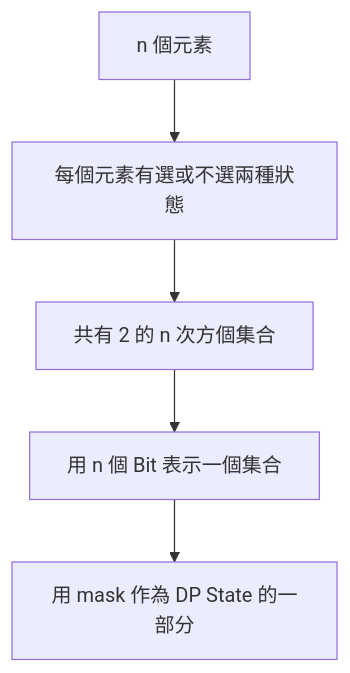
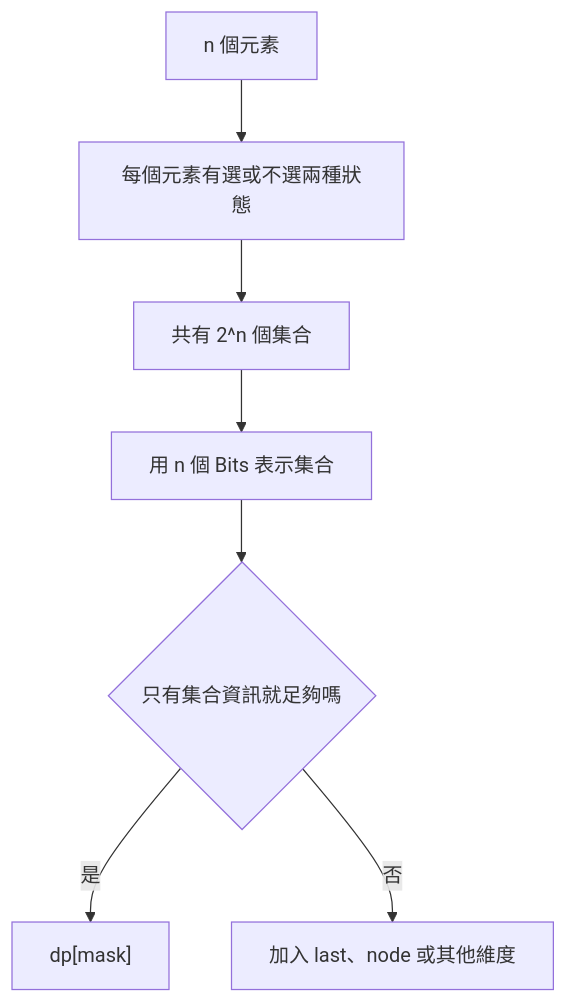
One commit to davidchen0970/algorithm_note changed the first of 3 diagrams in 09_dynamic_programming/44_state_compression_dp.md. Above: the diagram before and after it, drawn with Mermaid. The commit also changed other lines of this file and 1 other file, not shown here.

````diff
--- a/09_dynamic_programming/44_state_compression_dp.md
+++ b/09_dynamic_programming/44_state_compression_dp.md
@@ -11,7 +35,9 @@
 ```mermaid
 flowchart TD
     A["n 個元素"] --> B["每個元素有選或不選兩種狀態"]
-    B --> C["共有 2 的 n 次方個集合"]
-    C --> D["用 n 個 Bit 表示一個集合"]
-    D --> E["用 mask 作為 DP State 的一部分"]
+    B --> C["共有 2^n 個集合"]
+    C --> D["用 n 個 Bits 表示集合"]
+    D --> E{"只有集合資訊就足夠嗎"}
+    E -->|是| F["dp[mask]"]
+    E -->|否| G["加入 last、node 或其他維度"]
 ```
````
